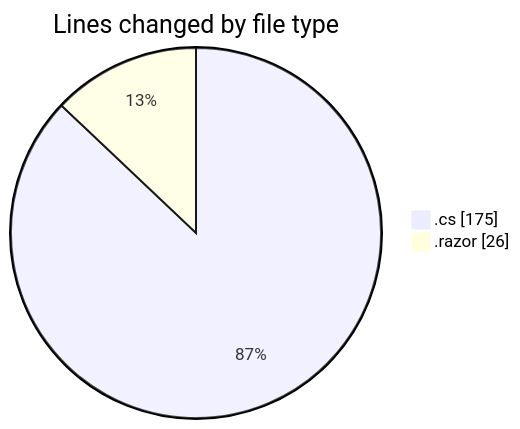
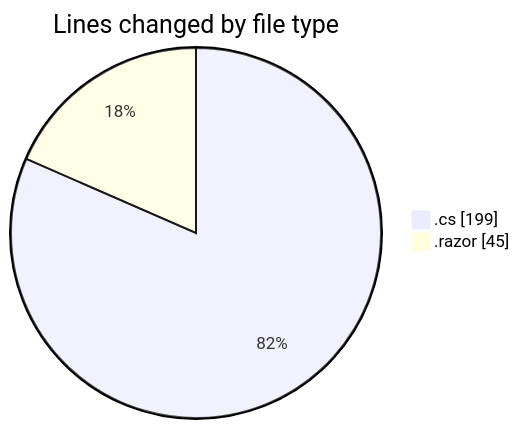
One commit to Netris89/code-tracking changed the first of 2 diagrams in 2025-04-05/front-end/README.md. Above: the diagram before and after it, drawn with Mermaid. The commit also changed other lines of this file and 1 other file, not shown here.

````diff
--- a/2025-04-05/front-end/README.md
+++ b/2025-04-05/front-end/README.md
@@ -21,6 +22,6 @@
 ```mermaid
 pie showData
 title Lines changed by file type
-".cs" : 175
-".razor" : 26
+".cs" : 199
+".razor" : 45
 ```
````
